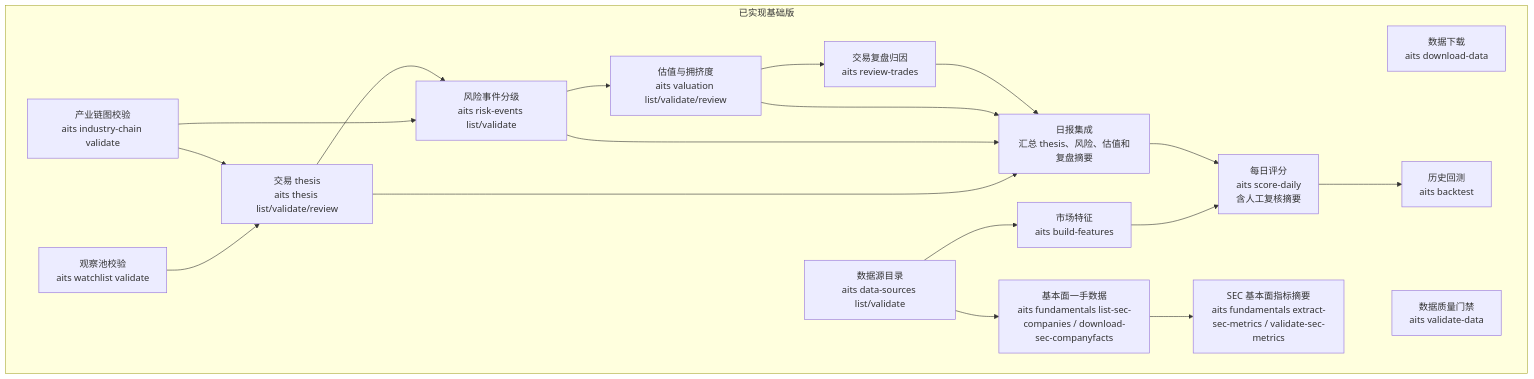
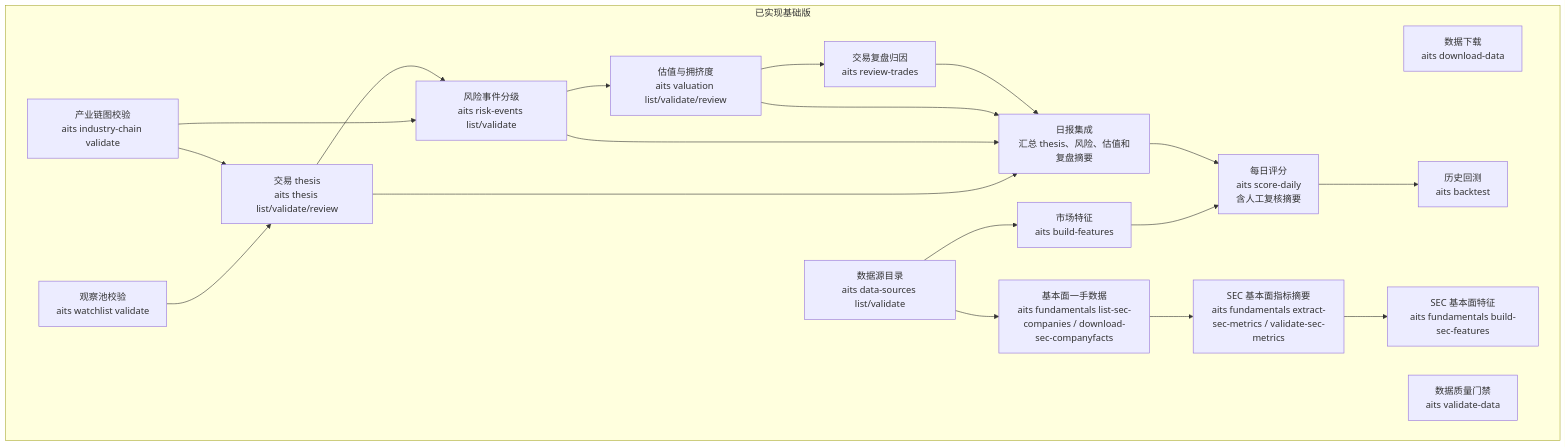
Before and after one commit to AI-Trading-Collaboration/AITradingSystem: the fifth of 5 diagrams in docs/system_flow.md, drawn with Mermaid. The commit also changed other lines of this file and 12 other files, not shown here.

````diff
--- a/docs/system_flow.md
+++ b/docs/system_flow.md
@@ -298,37 +309,39 @@
 ```mermaid
 flowchart TD
     subgraph Done["已实现基础版"]
         A["数据下载<br/>aits download-data"]
         B["数据质量门禁<br/>aits validate-data"]
         C["市场特征<br/>aits build-features"]
         D["每日评分<br/>aits score-daily<br/>含人工复核摘要"]
         E["历史回测<br/>aits backtest"]
         F["观察池校验<br/>aits watchlist validate"]
         G["产业链图校验<br/>aits industry-chain validate"]
         H["交易 thesis<br/>aits thesis list/validate/review"]
         I["风险事件分级<br/>aits risk-events list/validate"]
         J["估值与拥挤度<br/>aits valuation list/validate/review"]
         K["交易复盘归因<br/>aits review-trades"]
         L["日报集成<br/>汇总 thesis、风险、估值和复盘摘要"]
         M["数据源目录<br/>aits data-sources list/validate"]
         N["基本面一手数据<br/>aits fundamentals list-sec-companies / download-sec-companyfacts"]
         O["SEC 基本面指标摘要<br/>aits fundamentals extract-sec-metrics / validate-sec-metrics"]
+        P["SEC 基本面特征<br/>aits fundamentals build-sec-features"]
     end
 
     C --> D
     D --> E
     F --> H
     G --> H
     G --> I
     H --> I
     I --> J
     J --> K
     M --> C
     M --> N
     N --> O
+    O --> P
     H --> L
     I --> L
     J --> L
     K --> L
     L --> D
 ```
````
